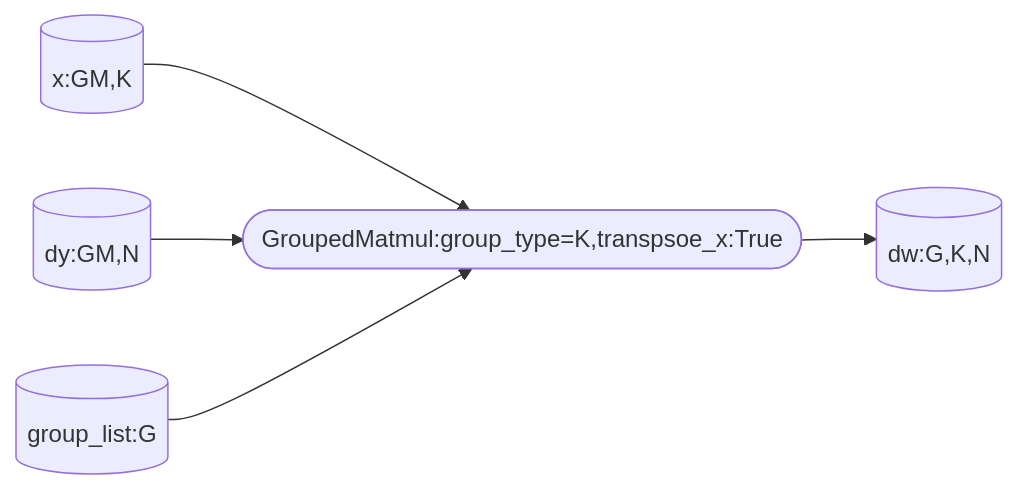
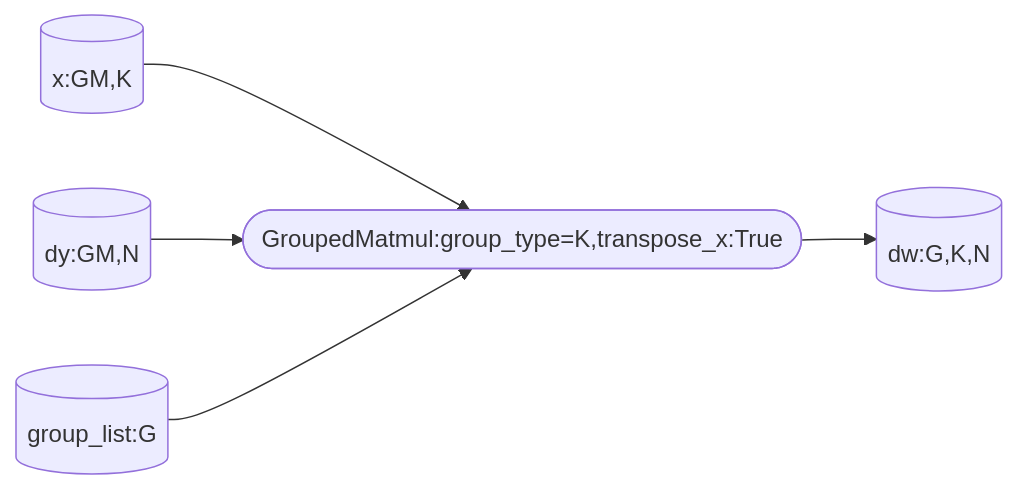
One commit to ckorikov/cann-ops-transformer changed the second of 2 diagrams in gmm/grouped_matmul/docs/GroupedMatmul算子设计介绍.md. Above: the diagram before and after it, drawn with Mermaid. The commit also changed other lines of this file and 17 other files, not shown here.

````diff
--- a/gmm/grouped_matmul/docs/GroupedMatmul算子设计介绍.md
+++ b/gmm/grouped_matmul/docs/GroupedMatmul算子设计介绍.md
@@ -41,7 +41,7 @@
 ```mermaid
 graph LR
-    A[(x:GM,K)] --> B([GroupedMatmul:group_type=K,transpsoe_x:True])
-    E[(dy:GM,N)] --> B([GroupedMatmul:group_type=K,transpsoe_x:True])
-    D[(group_list:G)] --> B([GroupedMatmul:group_type=K,transpsoe_x:True])
-    B([GroupedMatmul:group_type=K,transpsoe_x:True]) --> C[(dw:G,K,N)]
+    A[(x:GM,K)] --> B([GroupedMatmul:group_type=K,transpose_x:True])
+    E[(dy:GM,N)] --> B([GroupedMatmul:group_type=K,transpose_x:True])
+    D[(group_list:G)] --> B([GroupedMatmul:group_type=K,transpose_x:True])
+    B([GroupedMatmul:group_type=K,transpose_x:True]) --> C[(dw:G,K,N)]
 ```
````
